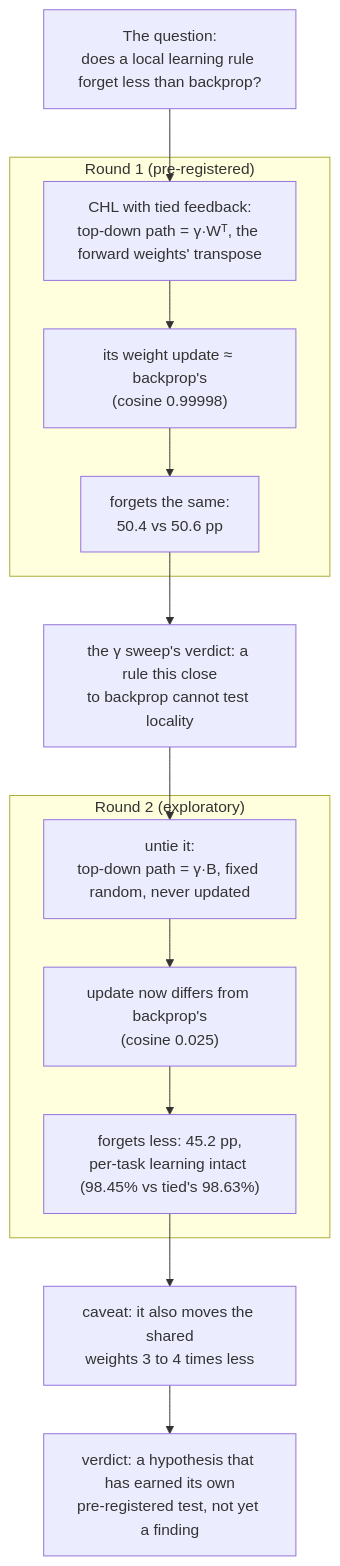
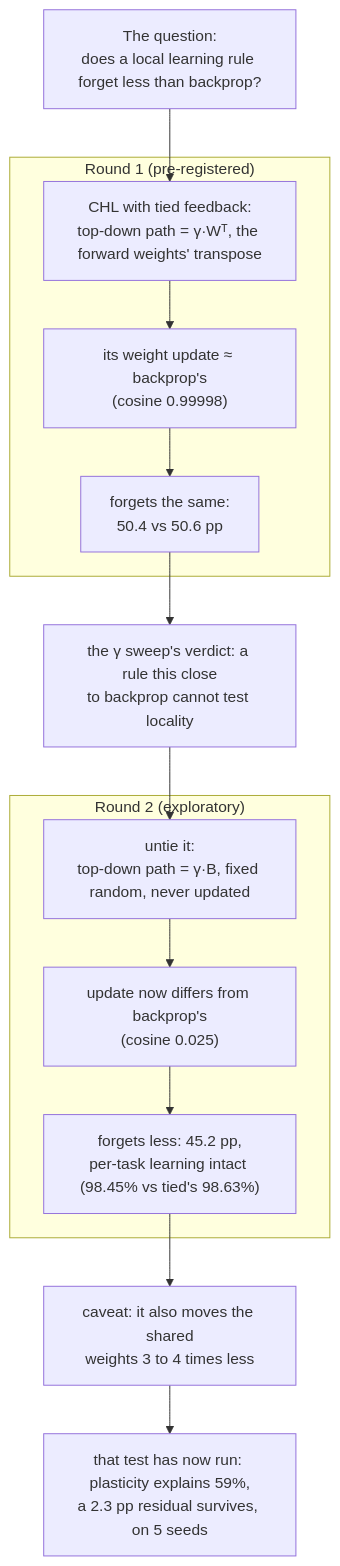
One commit to madara88645/does-locality-help changed the diagram in README.md. Above: the diagram before and after it, drawn with Mermaid. The commit also changed other lines of this file, not shown here.

First line of the commit message:
docs: fold the plasticity curve into the README

````diff
--- a/README.md
+++ b/README.md
@@ -21,19 +21,19 @@
 ```mermaid
 flowchart TD
     Q["The question:<br/>does a local learning rule forget less than backprop?"]
     Q --> A
     subgraph R1 ["Round 1 (pre-registered)"]
         A["CHL with tied feedback:<br/>top-down path = γ·Wᵀ, the forward weights' transpose"]
         A --> B["its weight update ≈ backprop's<br/>(cosine 0.99998)"]
         B --> C["forgets the same:<br/>50.4 vs 50.6 pp"]
     end
     C --> D["the γ sweep's verdict: a rule this close<br/>to backprop cannot test locality"]
     D --> E
     subgraph R2 ["Round 2 (exploratory)"]
         E["untie it:<br/>top-down path = γ·B, fixed random, never updated"]
         E --> F["update now differs from backprop's<br/>(cosine 0.025)"]
         F --> G["forgets less: 45.2 pp,<br/>per-task learning intact (98.45% vs tied's 98.63%)"]
     end
     G --> H["caveat: it also moves the shared<br/>weights 3 to 4 times less"]
-    H --> V["verdict: a hypothesis that has earned its own<br/>pre-registered test, not yet a finding"]
+    H --> V["that test has now run: plasticity explains 59%,<br/>a 2.3 pp residual survives, on 5 seeds"]
 ```
````
